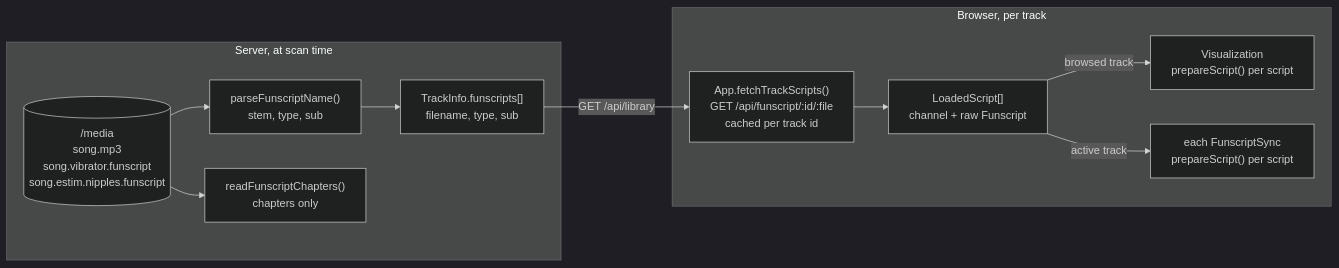
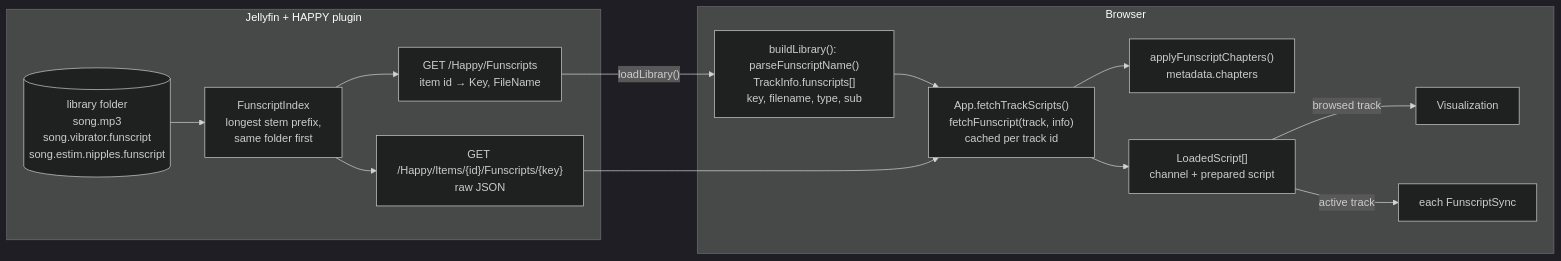
One commit to lumbar-spine-support/docker-haptic-player changed the third of 7 diagrams in docs/developer/haptics.md. Above: the diagram before and after it, drawn with Mermaid (dark theme). The commit also changed other lines of this file and 219 other files, not shown here.

````diff
--- a/docs/developer/haptics.md
+++ b/docs/developer/haptics.md
@@ -143,23 +143,27 @@
 ```mermaid
 flowchart LR
-  subgraph server["Server, at scan time"]
-    Files[("/media<br/>song.mp3<br/>song.vibrator.funscript<br/>song.estim.nipples.funscript")]
-    Parse["parseFunscriptName()<br/>stem, type, sub"]
-    Info["TrackInfo.funscripts[]<br/>filename, type, sub"]
-    Ch["readFunscriptChapters()<br/>chapters only"]
-    Files --> Parse --> Info
-    Files --> Ch
+  subgraph jellyfin["Jellyfin + HAPPY plugin"]
+    Files[("library folder<br/>song.mp3<br/>song.vibrator.funscript<br/>song.estim.nipples.funscript")]
+    Index["FunscriptIndex<br/>longest stem prefix,<br/>same folder first"]
+    Listing["GET /Happy/Funscripts<br/>item id → Key, FileName"]
+    Raw["GET /Happy/Items/{id}/Funscripts/{key}<br/>raw JSON"]
+    Files --> Index --> Listing
+    Index --> Raw
   end
 
-  subgraph client["Browser, per track"]
-    Fetch["App.fetchTrackScripts()<br/>GET /api/funscript/:id/:file<br/>cached per track id"]
-    Loaded["LoadedScript[]<br/>channel + raw Funscript"]
-    VizPrep["Visualization<br/>prepareScript() per script"]
-    SyncPrep["each FunscriptSync<br/>prepareScript() per script"]
+  subgraph client["Browser"]
+    Parse["buildLibrary(): parseFunscriptName()<br/>TrackInfo.funscripts[]<br/>key, filename, type, sub"]
+    Fetch["App.fetchTrackScripts()<br/>fetchFunscript(track, info)<br/>cached per track id"]
+    Ch["applyFunscriptChapters()<br/>metadata.chapters"]
+    Loaded["LoadedScript[]<br/>channel + prepared script"]
+    VizPrep["Visualization"]
+    SyncPrep["each FunscriptSync"]
     Fetch --> Loaded
+    Fetch --> Ch
     Loaded -- "browsed track" --> VizPrep
     Loaded -- "active track" --> SyncPrep
   end
 
-  Info -- "GET /api/library" --> Fetch
+  Listing -- "loadLibrary()" --> Parse --> Fetch
+  Raw --> Fetch
 ```
````
